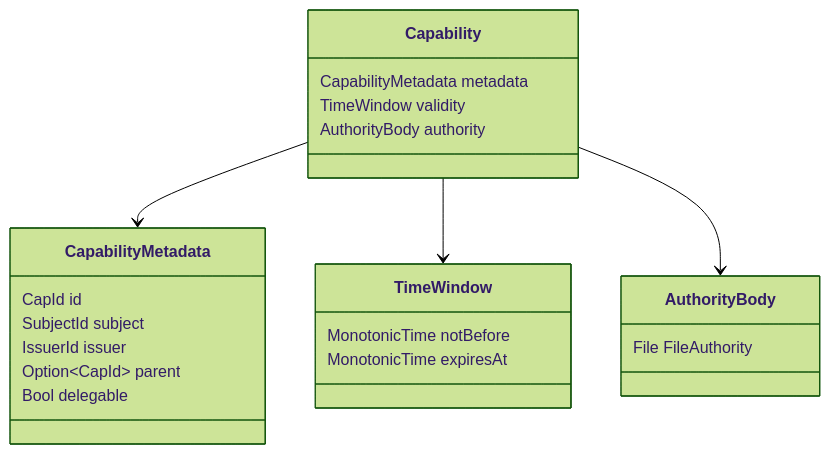
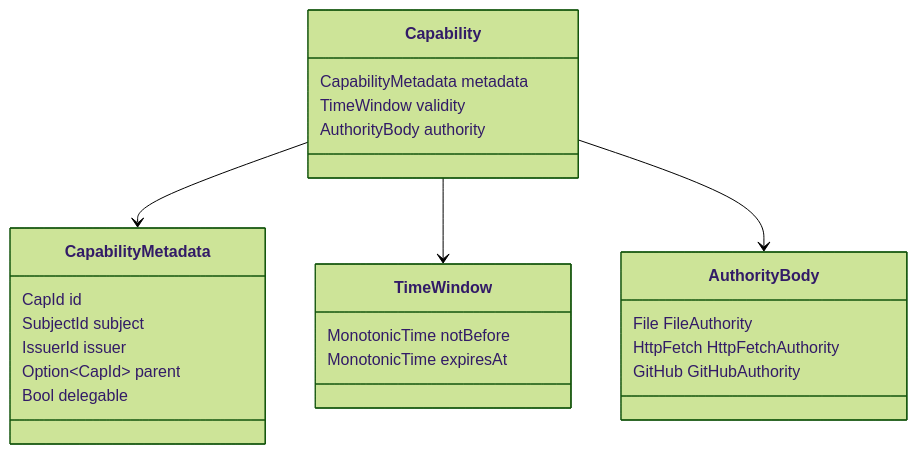
The first of 3 diagrams in docs/authority-core/capabilities.md (Aqua-218/SecCamp-AIAgent), drawn with Mermaid (forest theme) before and after one commit. The commit also changed other lines of this file and 10 other files, not shown here.

````diff
--- a/docs/authority-core/capabilities.md
+++ b/docs/authority-core/capabilities.md
@@ -11,29 +11,31 @@
 ```mermaid
 classDiagram
     class Capability {
         CapabilityMetadata metadata
         TimeWindow validity
         AuthorityBody authority
     }
 
     class CapabilityMetadata {
         CapId id
         SubjectId subject
         IssuerId issuer
         Option~CapId~ parent
         Bool delegable
     }
 
     class TimeWindow {
         MonotonicTime notBefore
         MonotonicTime expiresAt
     }
 
     class AuthorityBody {
         File FileAuthority
+        HttpFetch HttpFetchAuthority
+        GitHub GitHubAuthority
     }
 
     Capability --> CapabilityMetadata
     Capability --> TimeWindow
     Capability --> AuthorityBody
 ```
````
